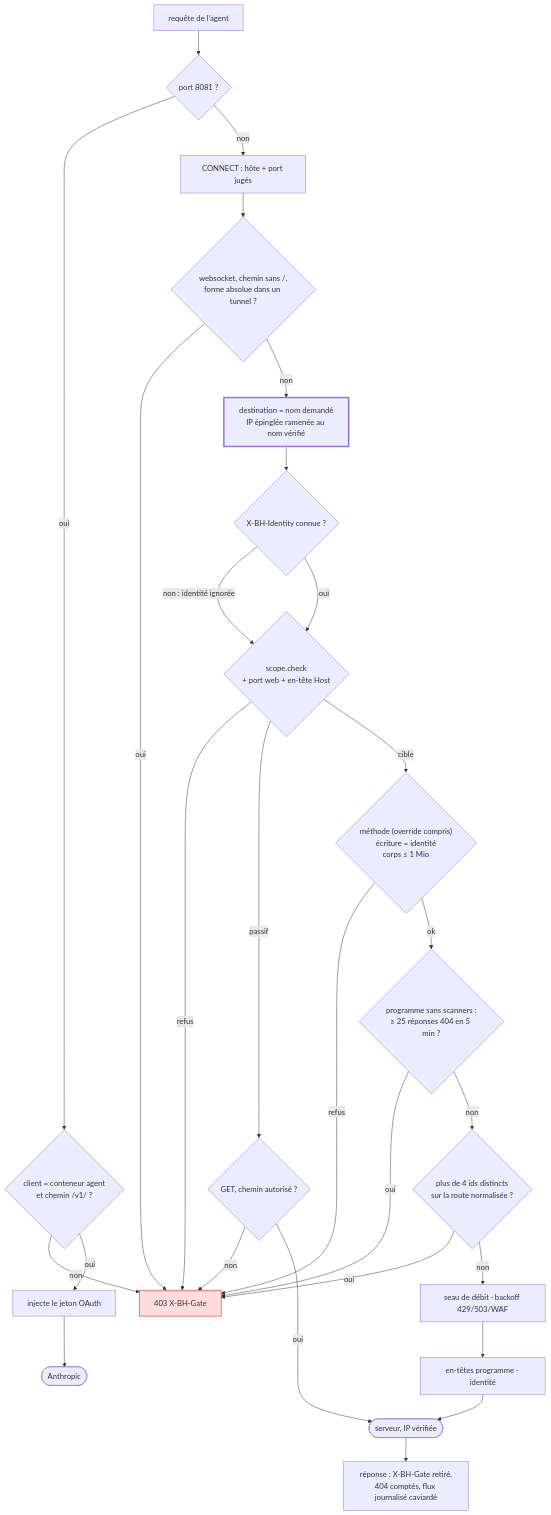
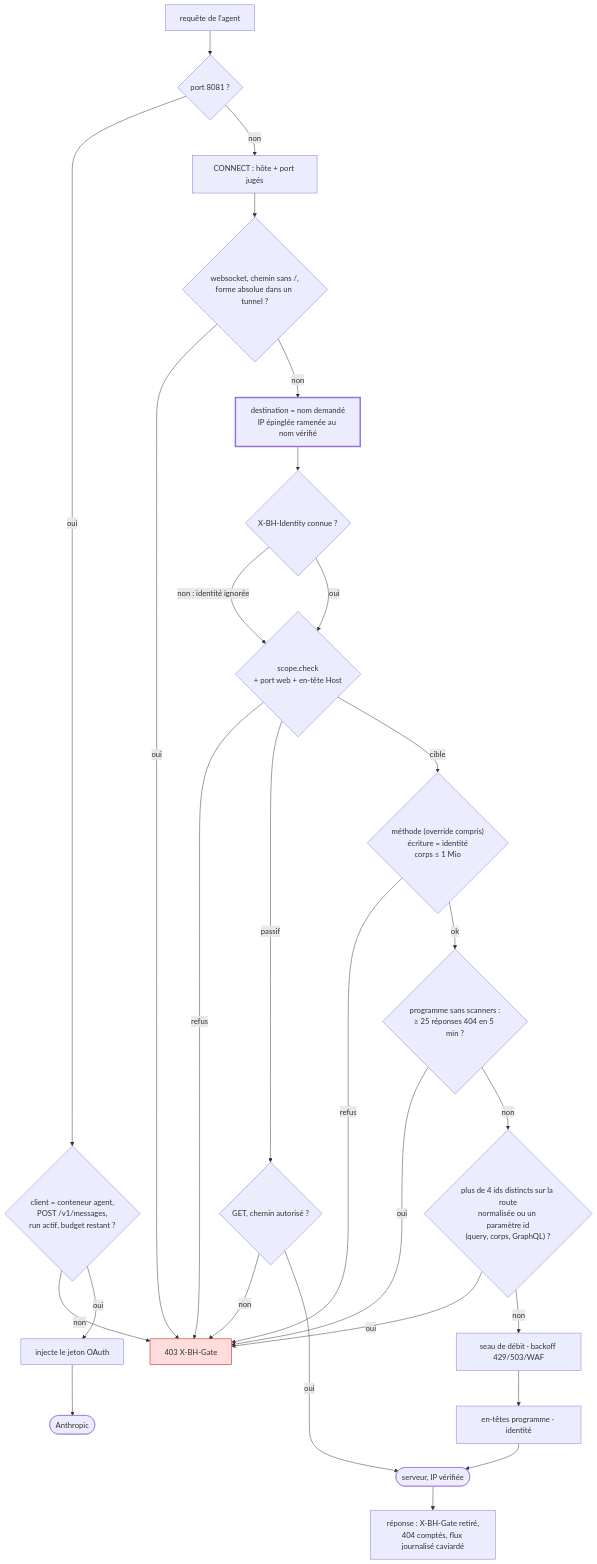
One commit to Moutdili/bull-harness changed the third of 15 diagrams in docs/diagrams.md. Above: the diagram before and after it, drawn with Mermaid. The commit also changed other lines of this file and 3 other files, not shown here.

First line of the commit message:
docs: open items of the review handled; limits, diagrams and escape count brought up to date

````diff
--- a/docs/diagrams.md
+++ b/docs/diagrams.md
@@ -77,28 +77,28 @@
 ```mermaid
 flowchart TD
   IN["requête de l'agent"] --> RELAY{"port 8081 ?"}
-  RELAY -- oui --> PEER{"client = conteneur agent<br/>et chemin /v1/ ?"}
+  RELAY -- oui --> PEER{"client = conteneur agent,<br/>POST /v1/messages,<br/>run actif, budget restant ?"}
   PEER -- non --> D["403 X-BH-Gate"]
   PEER -- oui --> TOK["injecte le jeton OAuth"] --> ANT(["Anthropic"])
   RELAY -- non --> CONN["CONNECT : hôte + port jugés"]
   CONN --> SHAPE{"websocket, chemin sans /,<br/>forme absolue dans un tunnel ?"}
   SHAPE -- oui --> D
   SHAPE -- non --> NAME["destination = nom demandé<br/>IP épinglée ramenée au nom vérifié"]
   NAME --> ID{"X-BH-Identity connue ?"}
   ID -- "non : identité ignorée" --> SCOPE
   ID -- oui --> SCOPE{"scope.check<br/>+ port web + en-tête Host"}
   SCOPE -- refus --> D
   SCOPE -- passif --> PASV{"GET, chemin autorisé ?"} -- non --> D
   PASV -- oui --> UP
   SCOPE -- cible --> RULES{"méthode (override compris)<br/>écriture = identité<br/>corps ≤ 1 Mio"}
   RULES -- refus --> D
   RULES -- ok --> SCAN{"programme sans scanners :<br/>≥ 25 réponses 404 en 5 min ?"}
   SCAN -- oui --> D
-  SCAN -- non --> ENUM{"plus de 4 ids distincts<br/>sur la route normalisée ?"}
+  SCAN -- non --> ENUM{"plus de 4 ids distincts sur la route<br/>normalisée ou un paramètre id<br/>(query, corps, GraphQL) ?"}
   ENUM -- oui --> D
   ENUM -- non --> RATE["seau de débit · backoff 429/503/WAF"]
   RATE --> INJ["en-têtes programme · identité"] --> UP(["serveur, IP vérifiée"])
   UP --> RESP["réponse : X-BH-Gate retiré,<br/>404 comptés, flux journalisé caviardé"]
   style D fill:#fdd,stroke:#c00
   style NAME stroke-width:3px
 ```
````
